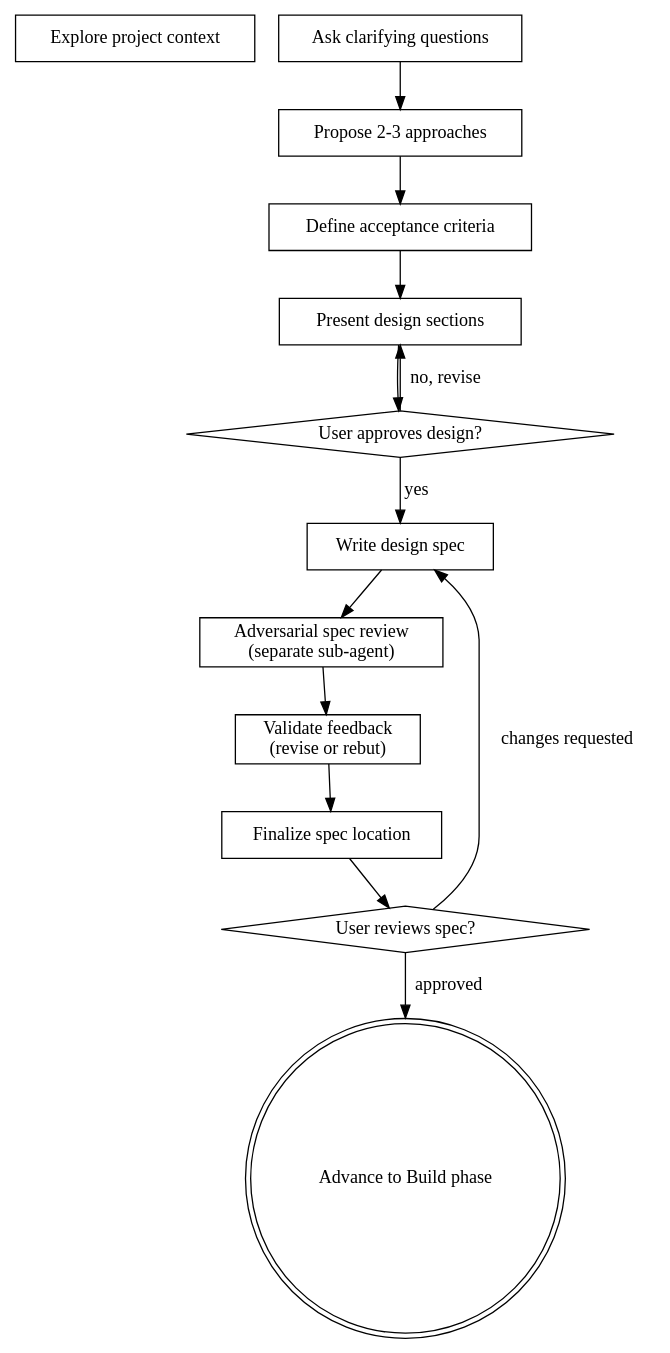
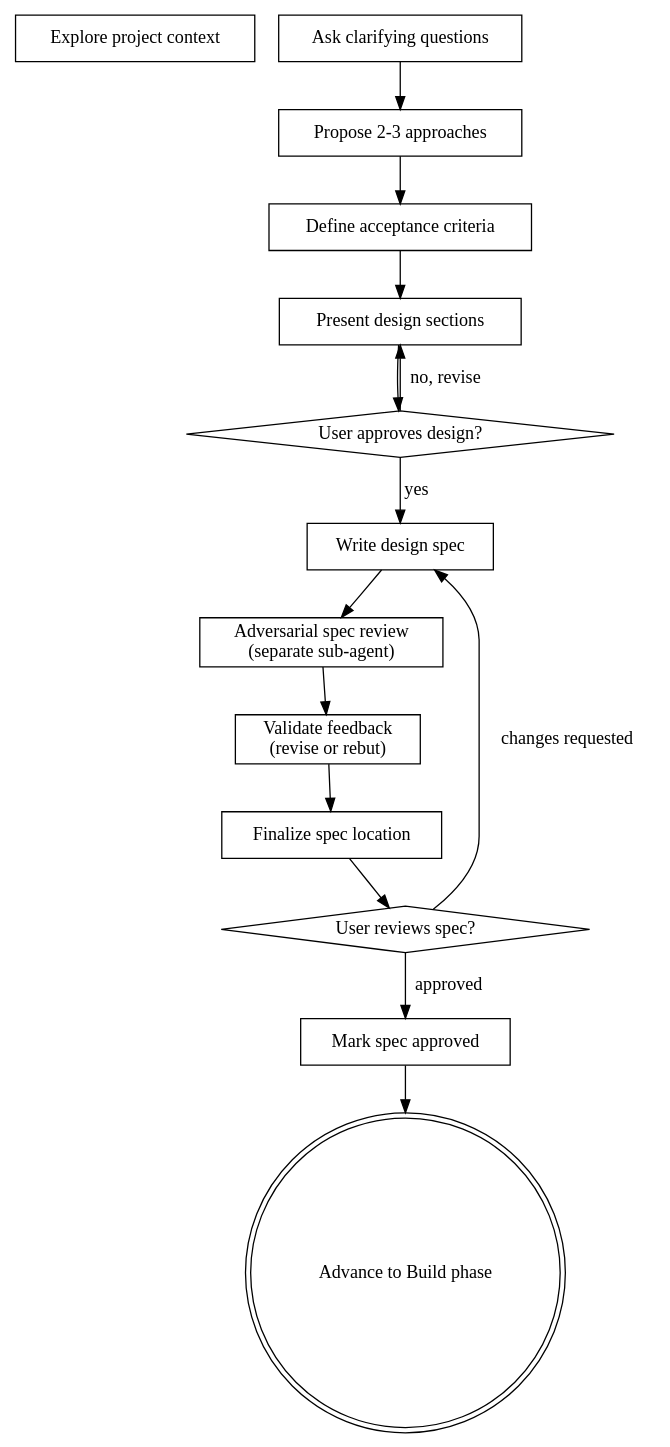
Before and after one commit to gannonh/skills: the diagram in plan-build-verify/references/plan.md, drawn with Graphviz. The commit also changed other lines of this file and 2 other files, not shown here.

First line of the commit message:
docs(plan-build-verify): mark approved plans in frontmatter and status section

````diff
--- a/plan-build-verify/references/plan.md
+++ b/plan-build-verify/references/plan.md
@@ -33,29 +34,31 @@
 ```dot
 digraph brainstorming {
     "Explore project context" [shape=box];
     "Ask clarifying questions" [shape=box];
     "Propose 2-3 approaches" [shape=box];
     "Define acceptance criteria" [shape=box];
     "Present design sections" [shape=box];
     "User approves design?" [shape=diamond];
     "Write design spec" [shape=box];
     "Adversarial spec review\n(separate sub-agent)" [shape=box];
     "Validate feedback\n(revise or rebut)" [shape=box];
     "Finalize spec location" [shape=box];
     "User reviews spec?" [shape=diamond];
     "Advance to Build phase" [shape=doublecircle];
 
     "Ask clarifying questions" -> "Propose 2-3 approaches";
     "Propose 2-3 approaches" -> "Define acceptance criteria";
     "Define acceptance criteria" -> "Present design sections";
     "Present design sections" -> "User approves design?";
     "User approves design?" -> "Present design sections" [label="no, revise"];
     "User approves design?" -> "Write design spec" [label="yes"];
     "Write design spec" -> "Adversarial spec review\n(separate sub-agent)";
     "Adversarial spec review\n(separate sub-agent)" -> "Validate feedback\n(revise or rebut)";
     "Validate feedback\n(revise or rebut)" -> "Finalize spec location";
     "Finalize spec location" -> "User reviews spec?";
     "User reviews spec?" -> "Write design spec" [label="changes requested"];
-    "User reviews spec?" -> "Advance to Build phase" [label="approved"];
+    "User reviews spec?" -> "Mark spec approved" [label="approved"];
+    "Mark spec approved" [shape=box];
+    "Mark spec approved" -> "Advance to Build phase";
 }
 ```
````
